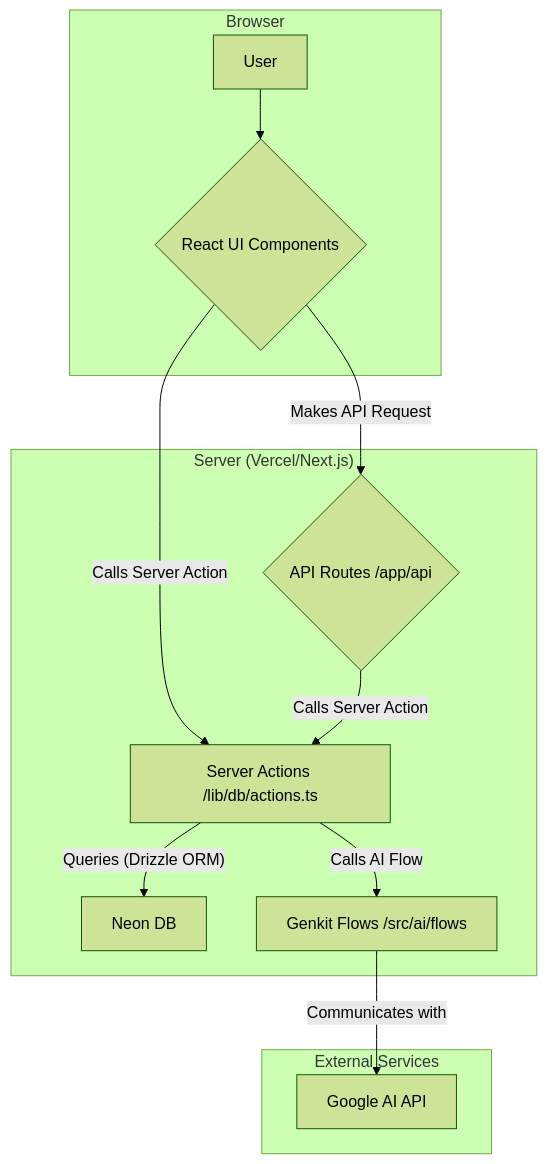
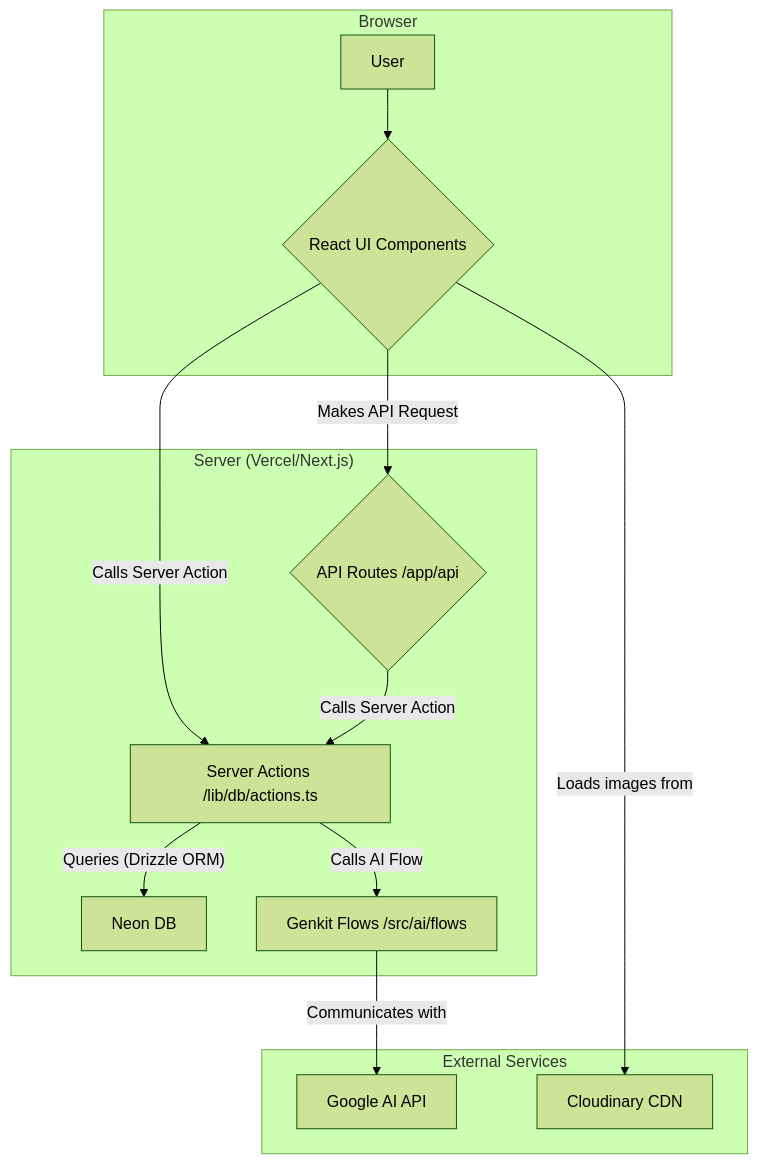
The diagram in README.md (Antot-12/Spekulus), drawn with Mermaid (forest theme) before and after one commit. The commit also changed other lines of this file and 21 other files, not shown here.

````diff
--- a/README.md
+++ b/README.md
@@ -111,23 +136,25 @@
 ```mermaid
 graph TD
     subgraph "Browser"
         A[User] --> B{React UI Components};
     end
 
     subgraph "Server (Vercel/Next.js)"
         B -- "Calls Server Action" --> D[Server Actions /lib/db/actions.ts];
         B -- "Makes API Request" --> C{API Routes /app/api};
 
         C -- "Calls Server Action" --> D;
 
         D -- "Queries (Drizzle ORM)" --> E[Neon DB];
         D -- "Calls AI Flow" --> G[Genkit Flows /src/ai/flows];
     end
 
     subgraph "External Services"
         E;
         F[Google AI API];
+        H[Cloudinary CDN];
     end
 
     G -- "Communicates with" --> F;
+    B -- "Loads images from" --> H;
 ```
````
